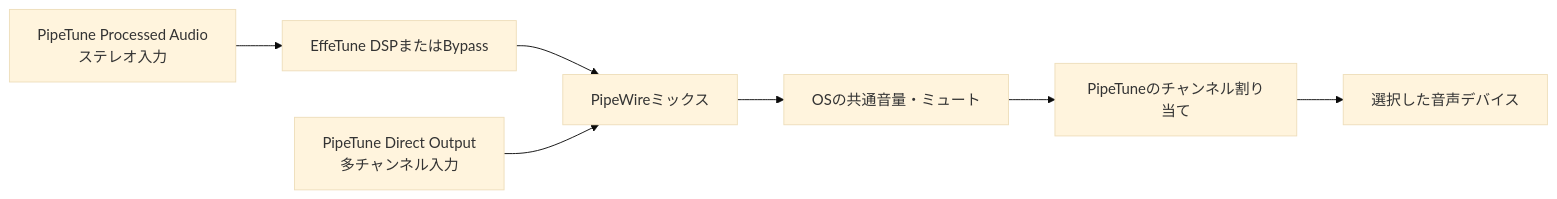
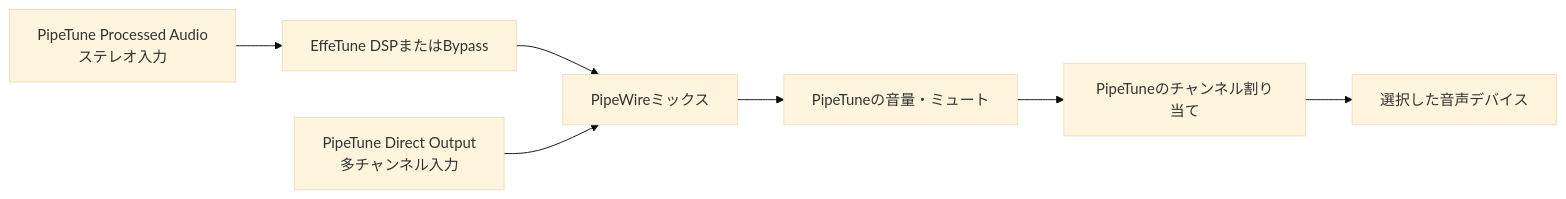
Before and after one commit to kekyo/pipetune: the second of 2 diagrams in README_ja.md, drawn with Mermaid (base theme). The commit also changed other lines of this file and 2 other files, not shown here.

````diff
--- a/README_ja.md
+++ b/README_ja.md
@@ -181,14 +192,14 @@
 ```mermaid
 flowchart LR
     processed["PipeTune Processed Audio<br/>ステレオ入力"]
     dsp["EffeTune DSPまたはBypass"]
     direct["PipeTune Direct Output<br/>多チャンネル入力"]
     mix["PipeWireミックス"]
-    volume["OSの共通音量・ミュート"]
+    volume["PipeTuneの音量・ミュート"]
     mapping["PipeTuneのチャンネル割り当て"]
     devices["選択した音声デバイス"]
 
     processed --> dsp --> mix
     direct --> mix
     mix --> volume --> mapping --> devices
 ```
````
